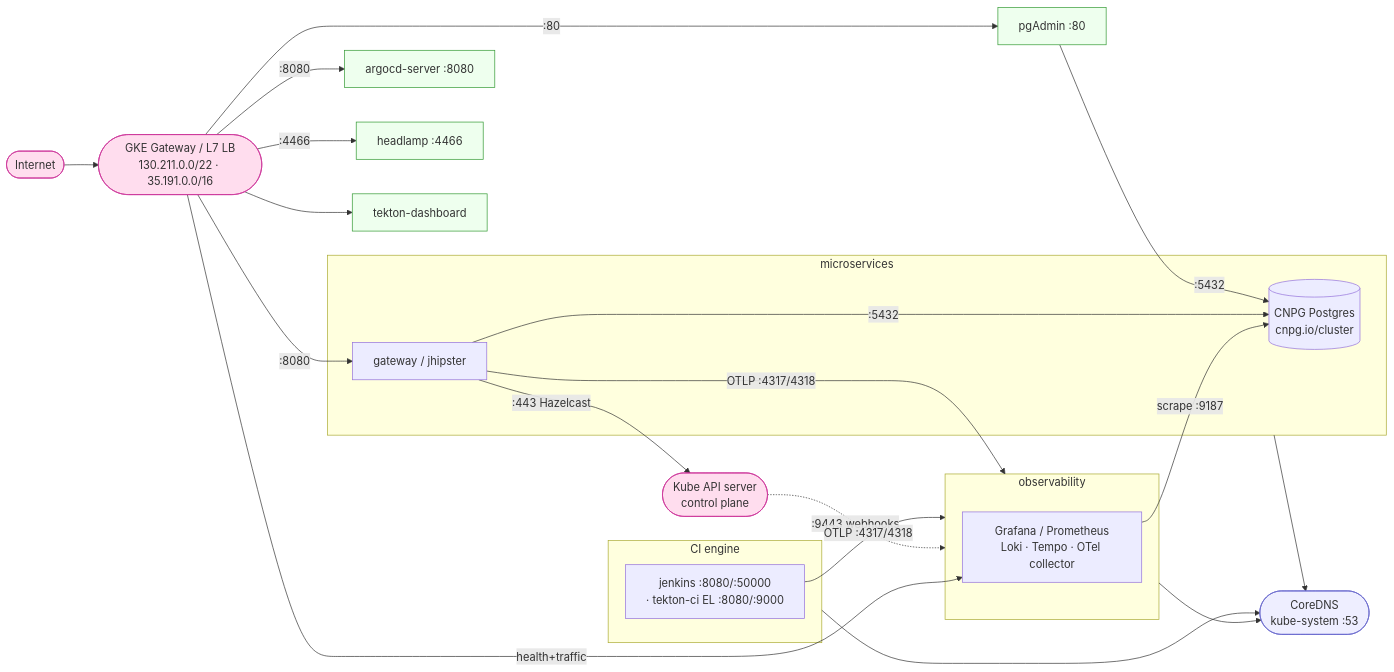
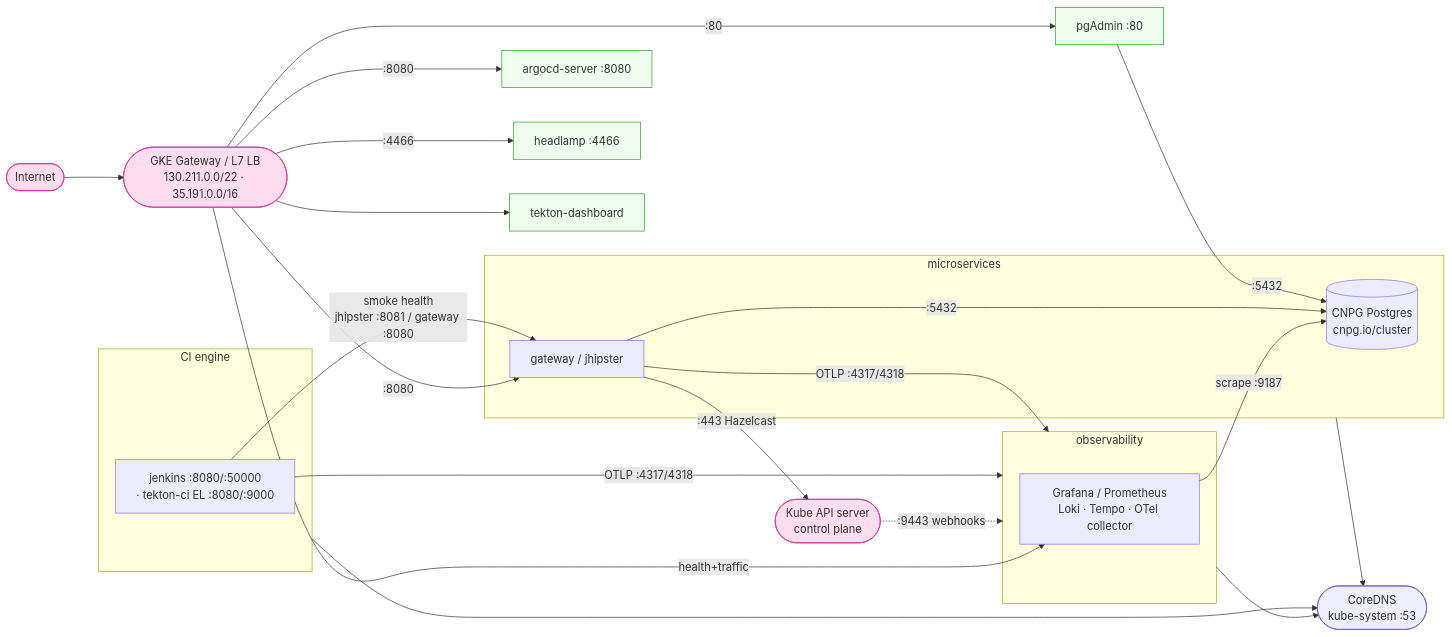
Before and after one commit to nubenetes/jenkins-2026: the first of 2 diagrams in docs/501-PLATFORM_OPERATIONS.md, drawn with Mermaid.

Commit message:
docs(diagram): add CI smoke-test edge to the NetworkPolicy flow diagram
Show the CI engine reaching the microservice/gateway on the health ports
(jhipster :8081 / gateway :8080) for the post-deploy smoke check, matching the new
gotcha + the agent-namespace smoke fix.

````diff
--- a/docs/501-PLATFORM_OPERATIONS.md
+++ b/docs/501-PLATFORM_OPERATIONS.md
@@ -180,47 +180,48 @@
 ```mermaid
 flowchart LR
   net([Internet]):::ext
   lb([GKE Gateway / L7 LB<br/>130.211.0.0/22 · 35.191.0.0/16]):::ext
   api([Kube API server<br/>control plane]):::ext
   dns([CoreDNS<br/>kube-system :53]):::infra
 
   net --> lb
 
   subgraph obs[observability]
     graf[Grafana / Prometheus<br/>Loki · Tempo · OTel collector]
   end
   subgraph ms[microservices]
     gw[gateway / jhipster]
     pg[(CNPG Postgres<br/>cnpg.io/cluster)]
   end
   subgraph ci[CI engine]
     cieng[jenkins :8080/:50000<br/>· tekton-ci EL :8080/:9000]
   end
   argocd[argocd-server :8080]:::ui
   headlamp[headlamp :4466]:::ui
   pgadmin[pgAdmin :80]:::ui
   tkdash[tekton-dashboard]:::ui
 
   lb -->|:8080| gw
   lb -->|health+traffic| graf
   lb -->|:8080| argocd
   lb -->|:4466| headlamp
   lb -->|:80| pgadmin
   lb --> tkdash
 
   api -.->|:9443 webhooks| obs
   cieng -->|OTLP :4317/4318| obs
+  cieng -->|smoke health<br/>jhipster :8081 / gateway :8080| gw
   gw -->|OTLP :4317/4318| obs
   graf -->|scrape :9187| pg
   gw -->|:5432| pg
   gw -->|:443 Hazelcast| api
   pgadmin -->|:5432| pg
 
   obs --> dns
   ms --> dns
   ci --> dns
 
   classDef ext fill:#fde,stroke:#c39;
   classDef infra fill:#eef,stroke:#66c;
   classDef ui fill:#efe,stroke:#393;
 ```
````
